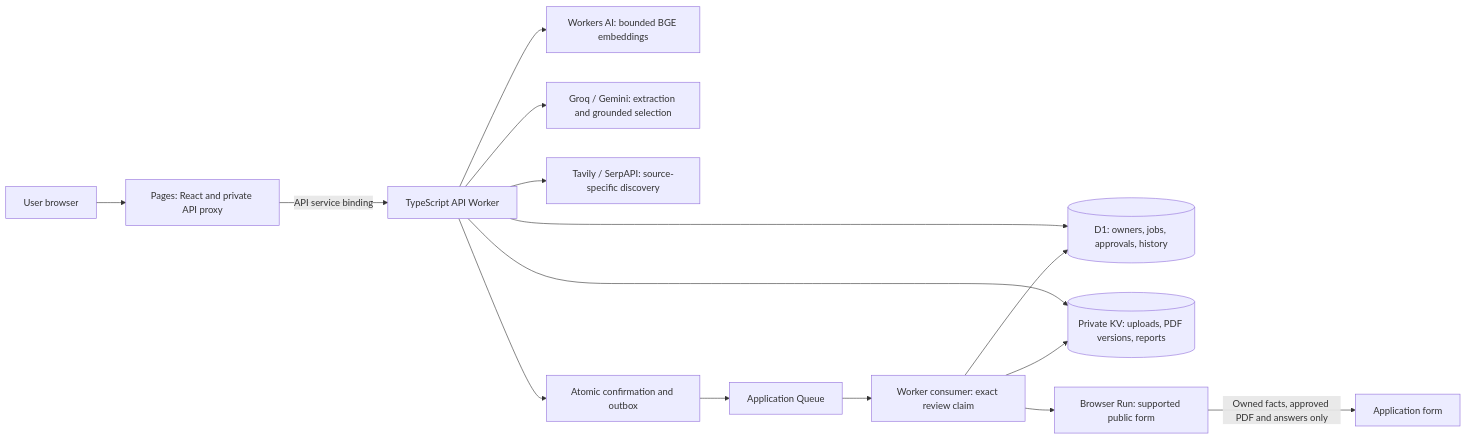
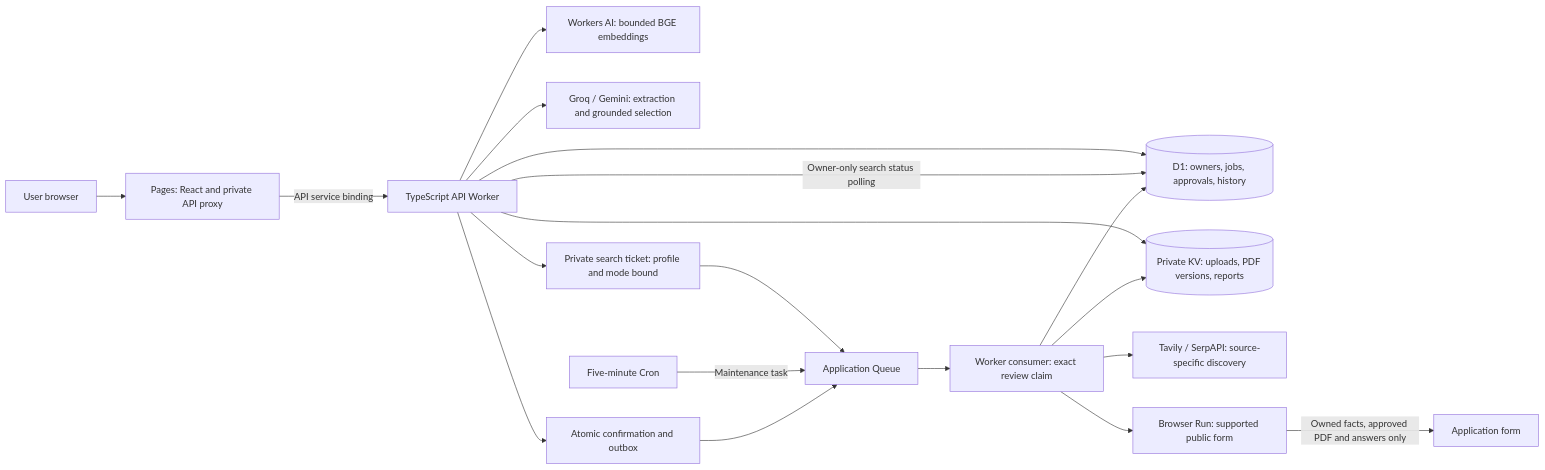
The first of 2 diagrams in docs/architecture.md (pankajbaid567/hireflow), drawn with Mermaid before and after one commit. The commit also changed other lines of this file and 28 other files, not shown here.

Commit message:
perf: queue discovery and maintenance within free-tier CPU budgets

````diff
--- a/docs/architecture.md
+++ b/docs/architecture.md
@@ -11,17 +11,21 @@
 ```mermaid
 flowchart LR
   U[User browser] --> P[Pages: React and private API proxy]
   P -->|API service binding| W[TypeScript API Worker]
   W --> D[(D1: owners, jobs, approvals, history)]
   W --> K[(Private KV: uploads, PDF versions, reports)]
   W --> A[Workers AI: bounded BGE embeddings]
   W --> G[Groq / Gemini: extraction and grounded selection]
-  W --> T[Tavily / SerpAPI: source-specific discovery]
+  W --> S[Private search ticket: profile and mode bound]
+  S --> Q
+  C --> T[Tavily / SerpAPI: source-specific discovery]
+  W -->|Owner-only search status polling| D
+  CR[Five-minute Cron] -->|Maintenance task| Q
   W --> O[Atomic confirmation and outbox]
   O --> Q[Application Queue]
   Q --> C[Worker consumer: exact review claim]
   C --> B[Browser Run: supported public form]
   B -->|Owned facts, approved PDF and answers only| F[Application form]
   C --> D
   C --> K
 ```
````
